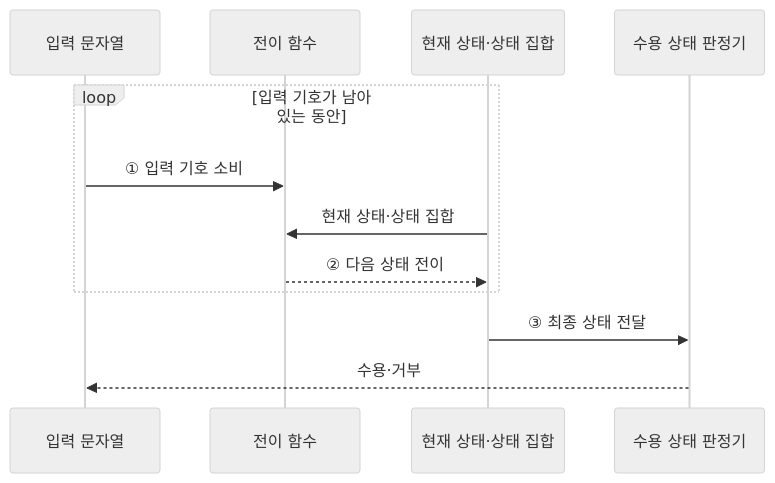
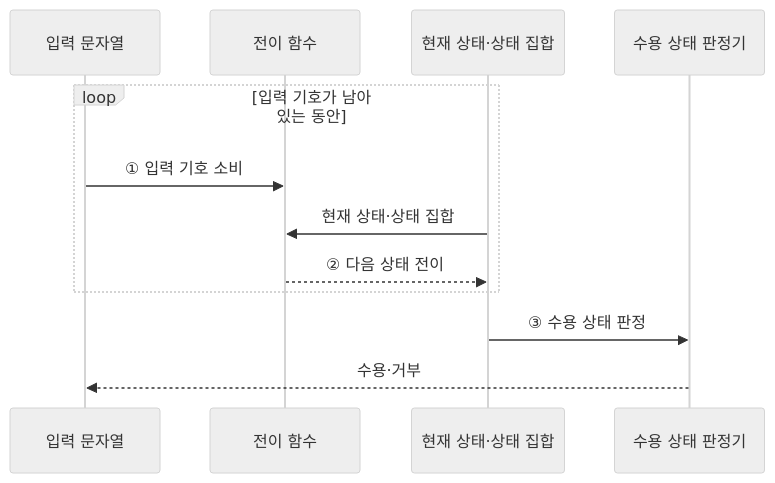
The fourth of 4 diagrams in src/content/docs/notes/01-basic-theory/020_automata_theory.md (agnusdei1207/knowledge-base), drawn with Mermaid (neutral theme) before and after one commit. The commit also changed other lines of this file and 18 other files, not shown here.

````diff
--- a/src/content/docs/notes/01-basic-theory/020_automata_theory.md
+++ b/src/content/docs/notes/01-basic-theory/020_automata_theory.md
@@ -98,14 +114,14 @@
 ```mermaid
 sequenceDiagram
     participant I as 입력 문자열
     participant D as 전이 함수
     participant Q as 현재 상태·상태 집합
     participant F as 수용 상태 판정기
     loop 입력 기호가 남아 있는 동안
         I->>D: ① 입력 기호 소비
         Q->>D: 현재 상태·상태 집합
         D-->>Q: ② 다음 상태 전이
     end
-    Q->>F: ③ 최종 상태 전달
+    Q->>F: ③ 수용 상태 판정
     F-->>I: 수용·거부
 ```
````
